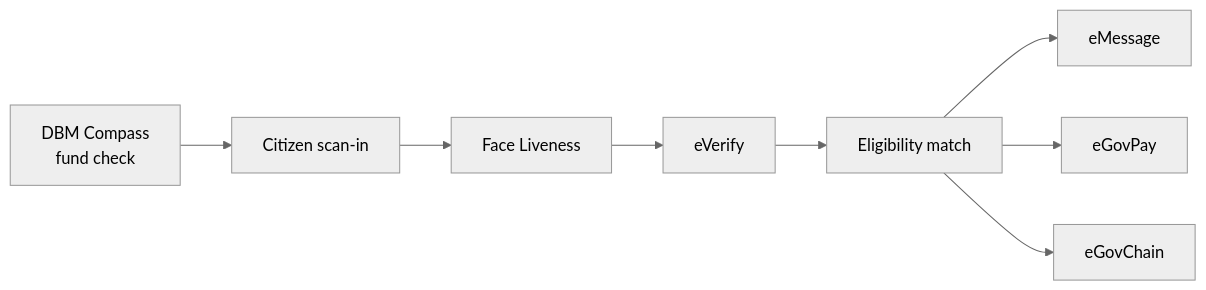
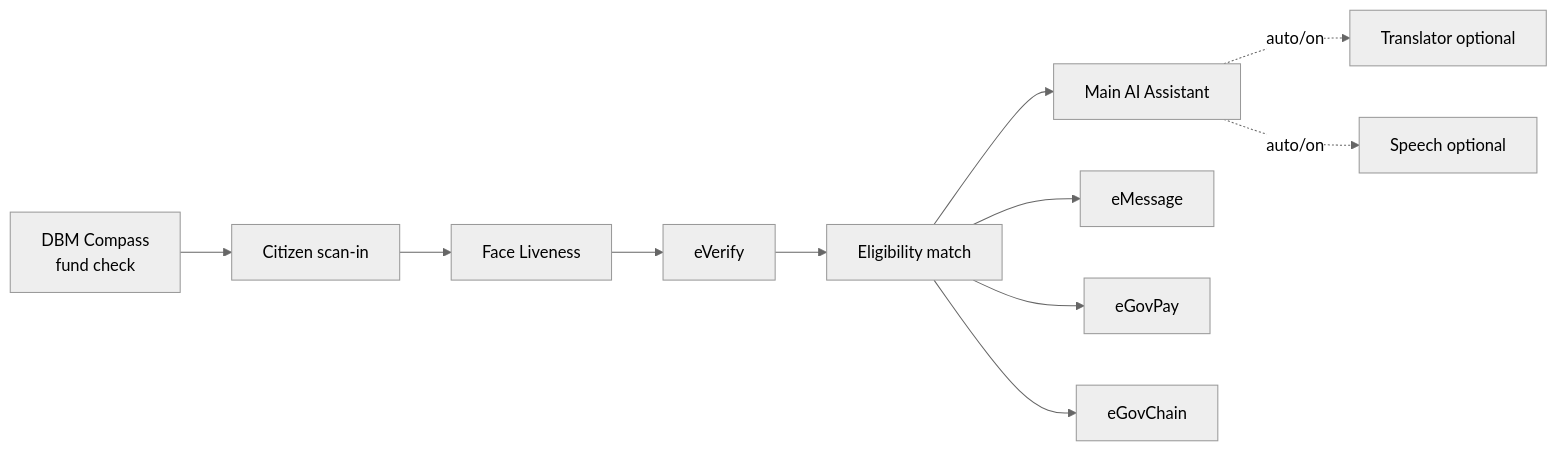
The first of 5 diagrams in README.md (TadeyRuk/eGov), drawn with Mermaid (neutral theme) before and after one commit. The commit also changed other lines of this file and 35 other files, not shown here.

````diff
--- a/README.md
+++ b/README.md
@@ -50,17 +74,23 @@
 ```mermaid
 flowchart LR
   Dbm[DBM Compass<br/>fund check]
   Scan[Citizen scan-in]
   Face[Face Liveness]
   Verify[eVerify]
   Match[Eligibility match]
+  AI[Main AI Assistant]
+  Translate[Translator optional]
+  Speech[Speech optional]
   Msg[eMessage]
   Pay[eGovPay]
   Chain[eGovChain]
 
   Dbm --> Scan
   Scan --> Face --> Verify --> Match
   Match --> Msg
   Match --> Pay
   Match --> Chain
+  Match --> AI
+  AI -. auto/on .-> Translate
+  AI -. auto/on .-> Speech
 ```
````
